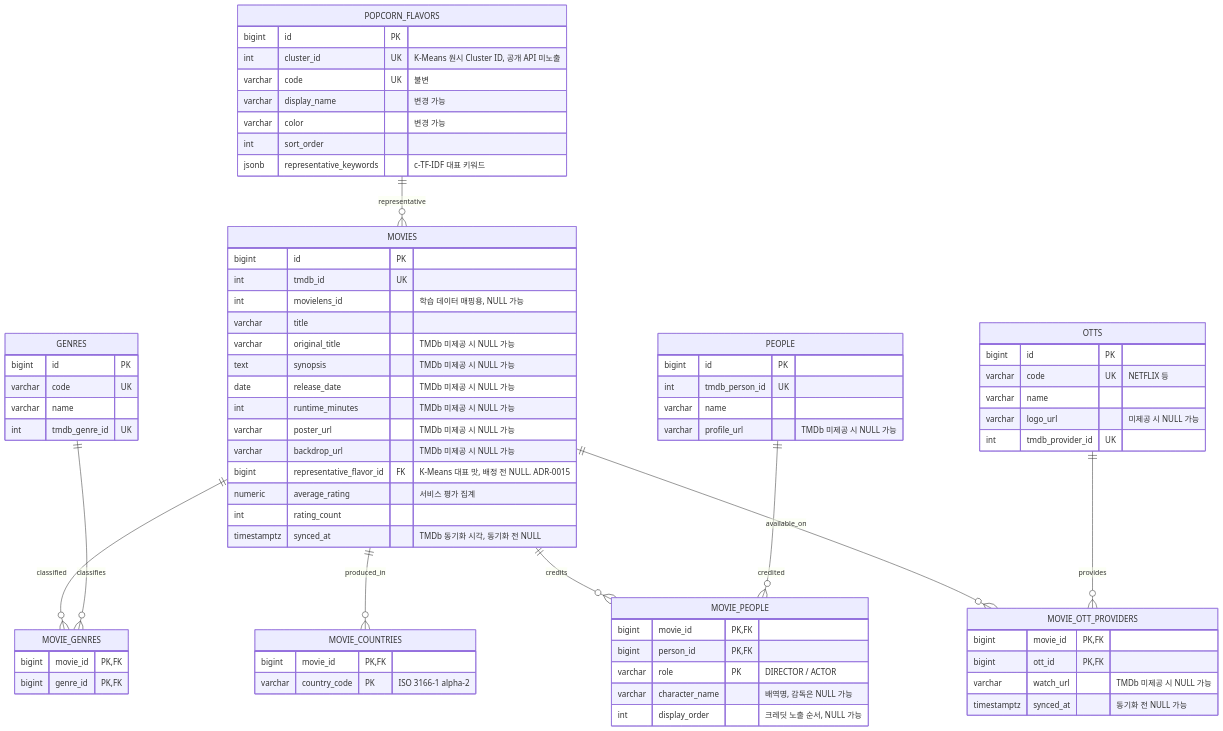
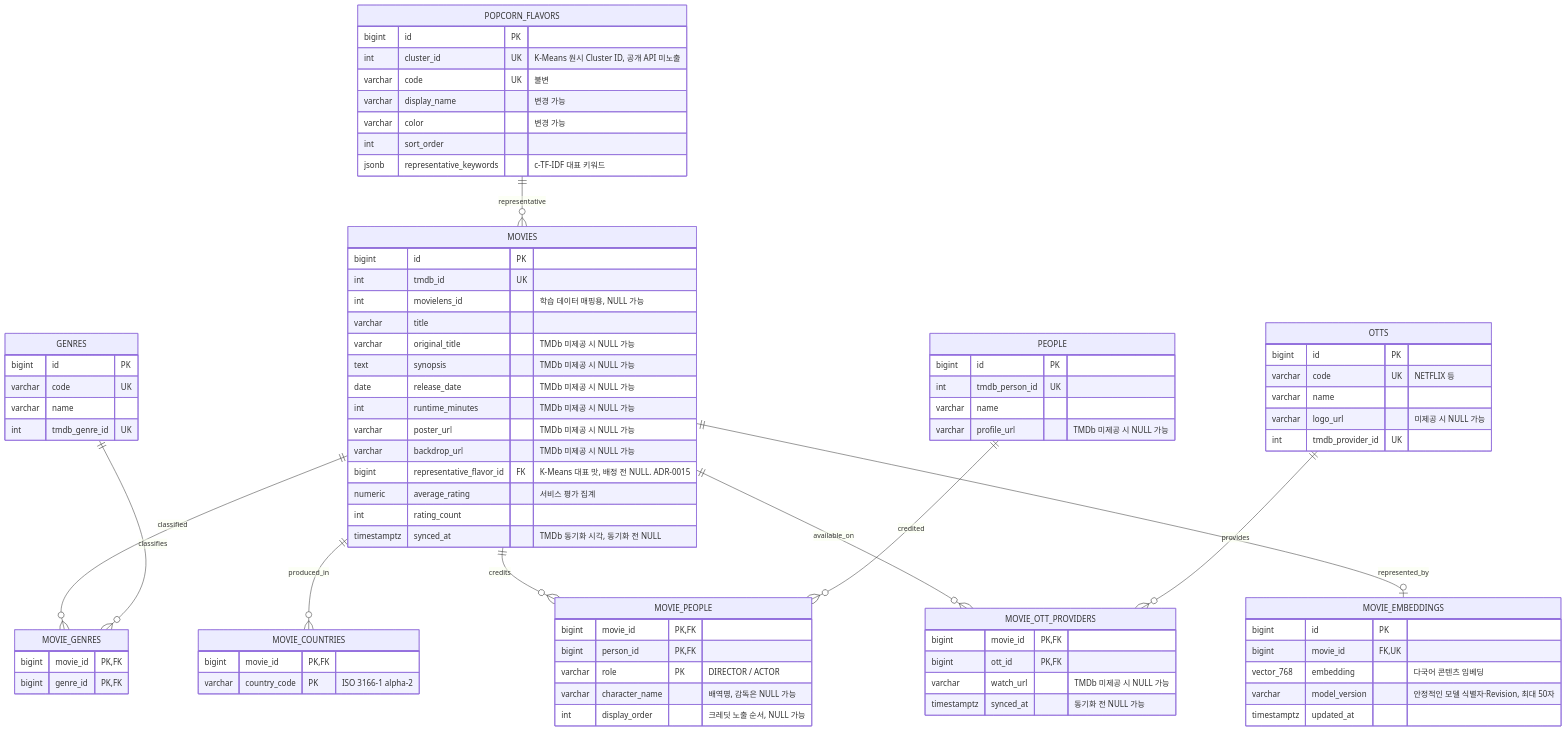
Before and after one commit to koongya-studio/feelm: the third of 8 diagrams in docs/erd.md, drawn with Mermaid. The commit also changed other lines of this file and 7 other files, not shown here.

````diff
--- a/docs/erd.md
+++ b/docs/erd.md
@@ -134,6 +134,13 @@
         numeric average_rating "서비스 평가 집계"
         int rating_count
         timestamptz synced_at "TMDb 동기화 시각, 동기화 전 NULL"
+    }
+    MOVIE_EMBEDDINGS {
+        bigint id PK
+        bigint movie_id FK, UK
+        vector_768 embedding "다국어 콘텐츠 임베딩"
+        varchar model_version "안정적인 모델 식별자·Revision, 최대 50자"
+        timestamptz updated_at
     }
     GENRES {
         bigint id PK
@@ -191,6 +198,7 @@
     MOVIES ||--o{ MOVIE_PEOPLE : credits
     PEOPLE ||--o{ MOVIE_PEOPLE : credited
     MOVIES ||--o{ MOVIE_OTT_PROVIDERS : available_on
+    MOVIES ||--o| MOVIE_EMBEDDINGS : represented_by
     OTTS ||--o{ MOVIE_OTT_PROVIDERS : provides
     POPCORN_FLAVORS ||--o{ MOVIES : representative
 ```
````
